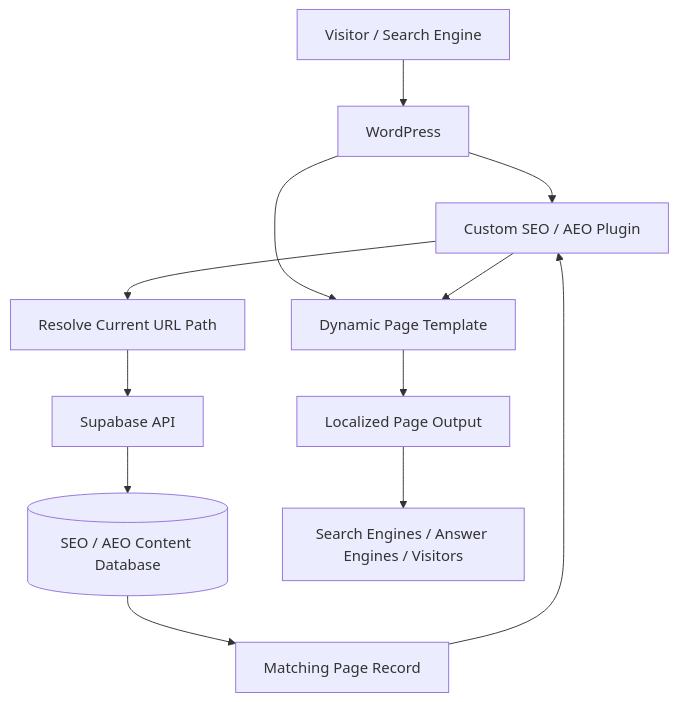
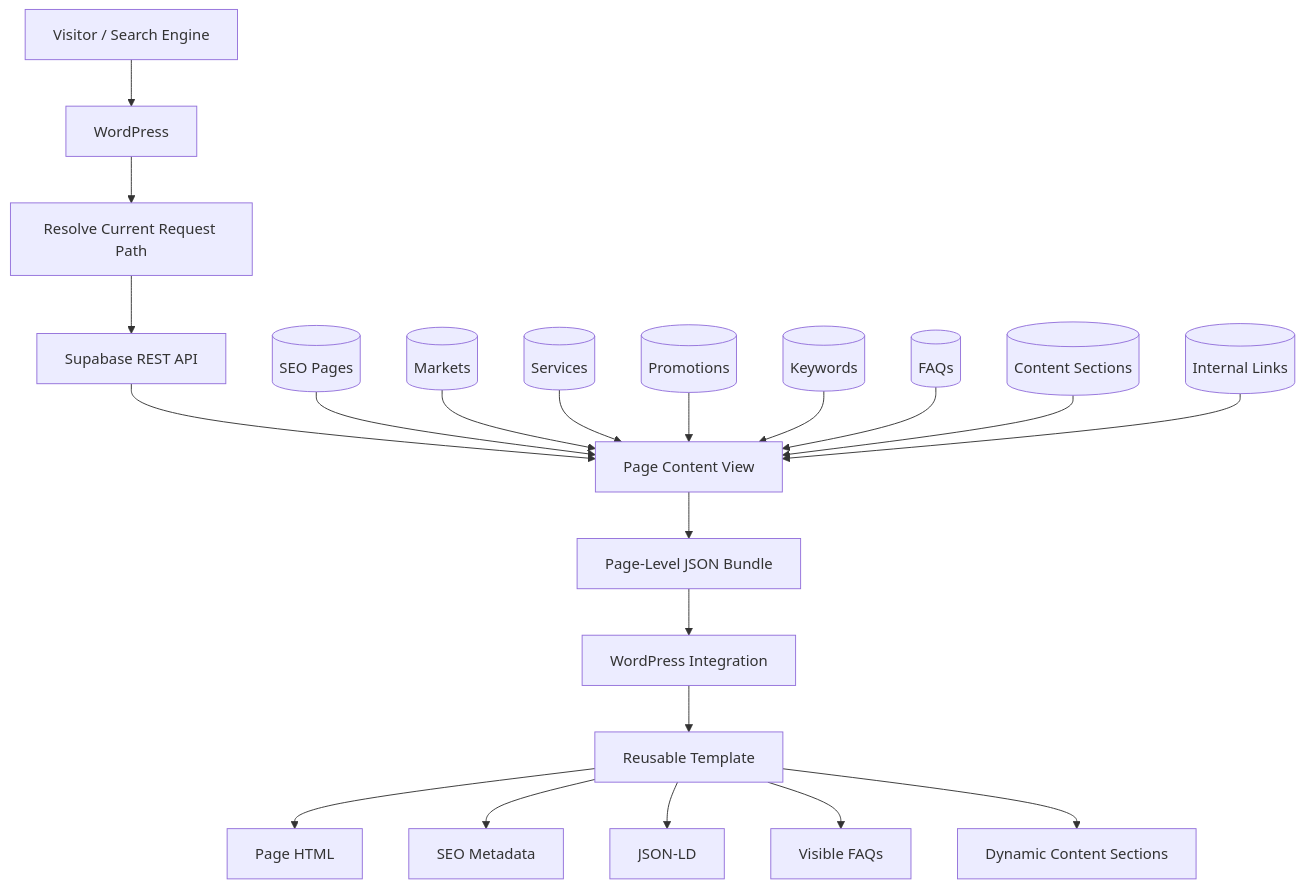
Before and after one commit to kaseypelchy-ops/seo-aeo-content-platform-showcase: the diagram in README.md, drawn with Mermaid. The commit also changed other lines of this file, not shown here.

First line of the commit message:
Revise README for clarity on platform architecture

````diff
--- a/README.md
+++ b/README.md
@@ -87,18 +106,27 @@
 ```mermaid
 flowchart TD
     A[Visitor / Search Engine] --> B[WordPress]
-    B --> C[Dynamic Page Template]
+    B --> C[Resolve Current Request Path]
+    C --> D[Supabase REST API]
 
-    B --> D[Custom SEO / AEO Plugin]
-    D --> E[Resolve Current URL Path]
-    E --> F[Supabase API]
+    D --> E[Page Content View]
 
-    F --> G[(SEO / AEO Content Database)]
-    G --> H[Matching Page Record]
+    F[(SEO Pages)] --> E
+    G[(Markets)] --> E
+    H[(Services)] --> E
+    I[(Promotions)] --> E
+    J[(Keywords)] --> E
+    K[(FAQs)] --> E
+    L[(Content Sections)] --> E
+    M[(Internal Links)] --> E
 
-    H --> D
-    D --> C
+    E --> N[Page-Level JSON Bundle]
+    N --> O[WordPress Integration]
+    O --> P[Reusable Template]
 
-    C --> I[Localized Page Output]
-    I --> J[Search Engines / Answer Engines / Visitors]
+    P --> Q[Page HTML]
+    P --> R[SEO Metadata]
+    P --> S[JSON-LD]
+    P --> T[Visible FAQs]
+    P --> U[Dynamic Content Sections]
 ```
````
